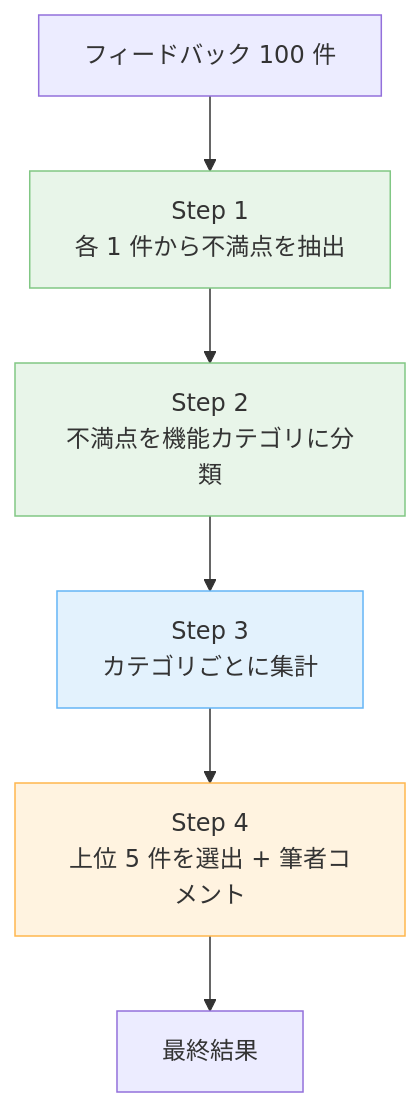
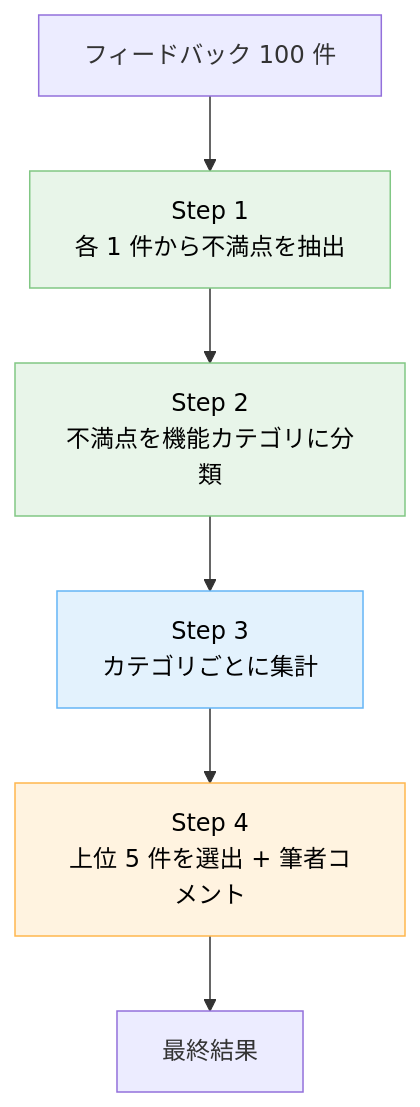
Before and after one commit to dinekt/dinekt-wiki: the second of 3 diagrams in docs/case-studies/複雑なタスクを-llm-に段階分解させて精度を上げた事例.md, drawn with Mermaid. The commit also changed other lines of this file and 71 other files, not shown here.

First line of the commit message:
fix: mermaid readability + remove GitHub repo toolbar

````diff
--- a/docs/case-studies/複雑なタスクを-llm-に段階分解させて精度を上げた事例.md
+++ b/docs/case-studies/複雑なタスクを-llm-に段階分解させて精度を上げた事例.md
@@ -47,13 +47,13 @@
 ```mermaid
 flowchart TD
     I[フィードバック 100 件] --> S1[Step 1<br/>各 1 件から不満点を抽出]
     S1 --> S2[Step 2<br/>不満点を機能カテゴリに分類]
     S2 --> S3[Step 3<br/>カテゴリごとに集計]
     S3 --> S4[Step 4<br/>上位 5 件を選出 + 筆者コメント]
     S4 --> O[最終結果]
 
-    style S1 fill:#e8f5e9,stroke:#81c784
-    style S2 fill:#e8f5e9,stroke:#81c784
-    style S3 fill:#e3f2fd,stroke:#64b5f6
-    style S4 fill:#fff3e0,stroke:#ffb74d
+    style S1 fill:#e8f5e9,stroke:#81c784,color:#000
+    style S2 fill:#e8f5e9,stroke:#81c784,color:#000
+    style S3 fill:#e3f2fd,stroke:#64b5f6,color:#000
+    style S4 fill:#fff3e0,stroke:#ffb74d,color:#000
 ```
````
